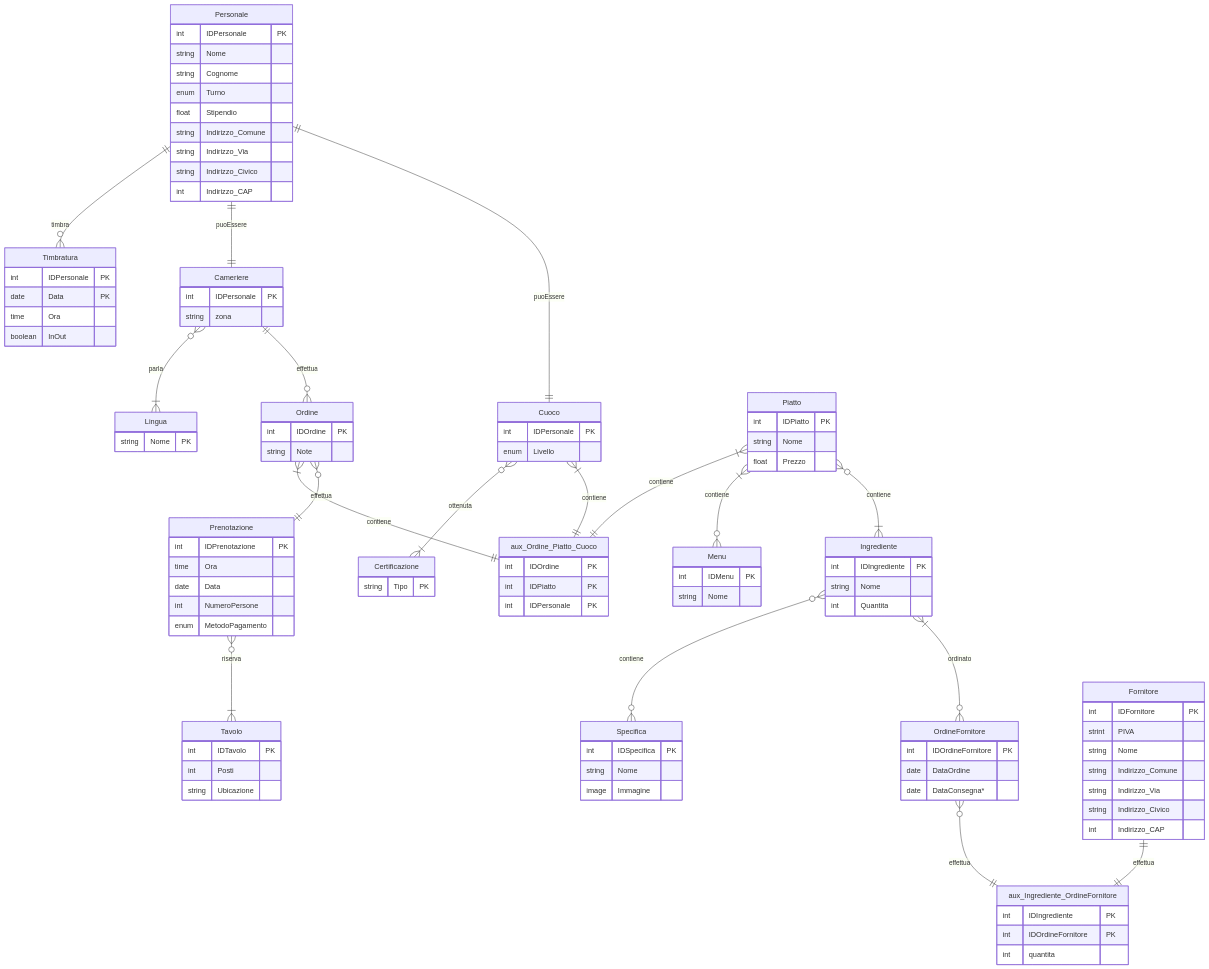
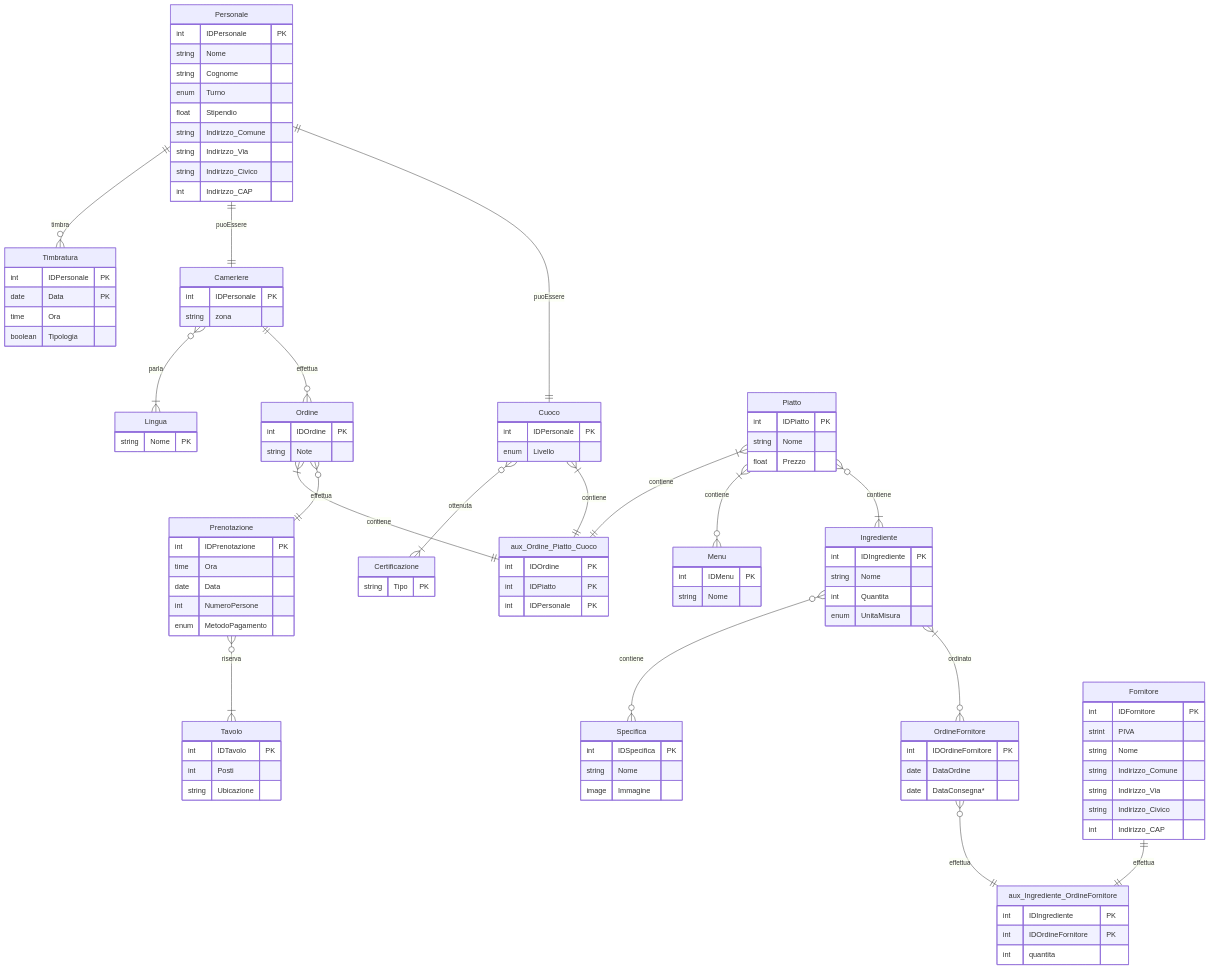
One commit to Thie15/progetto_db_gestione_ristorante changed the diagram in README.md. Above: the diagram before and after it, drawn with Mermaid. The commit also changed other lines of this file and 1 other file, not shown here.

```diff
--- a/README.md
+++ b/README.md
@@ -60,7 +60,7 @@
         int IDPersonale PK
         date Data PK
         time Ora 
-        boolean InOut
+        boolean Tipologia
     }
 
     Lingua{
@@ -105,6 +105,7 @@
         int IDIngrediente PK
         string Nome
         int Quantita
+        enum UnitaMisura
     }
 
     Specifica{
```
